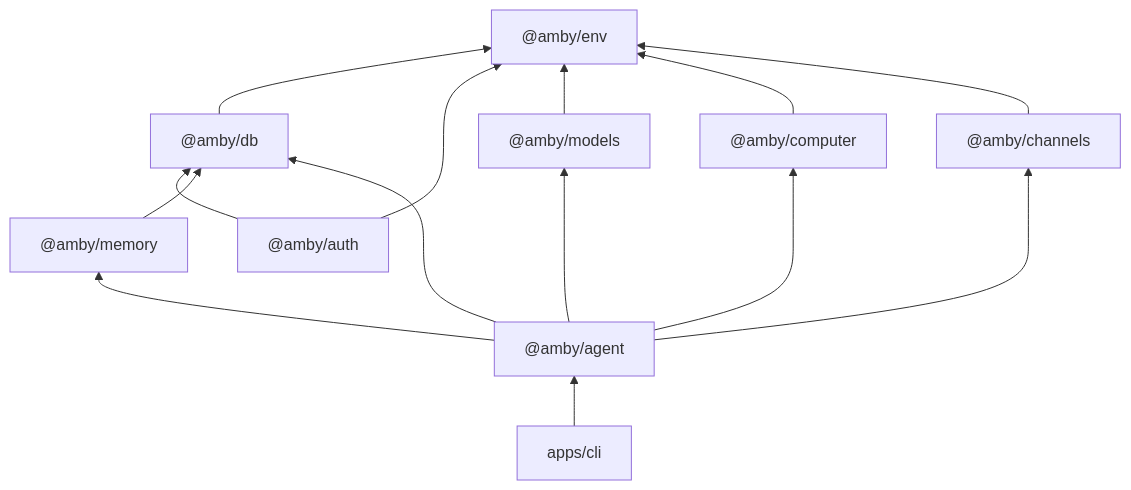
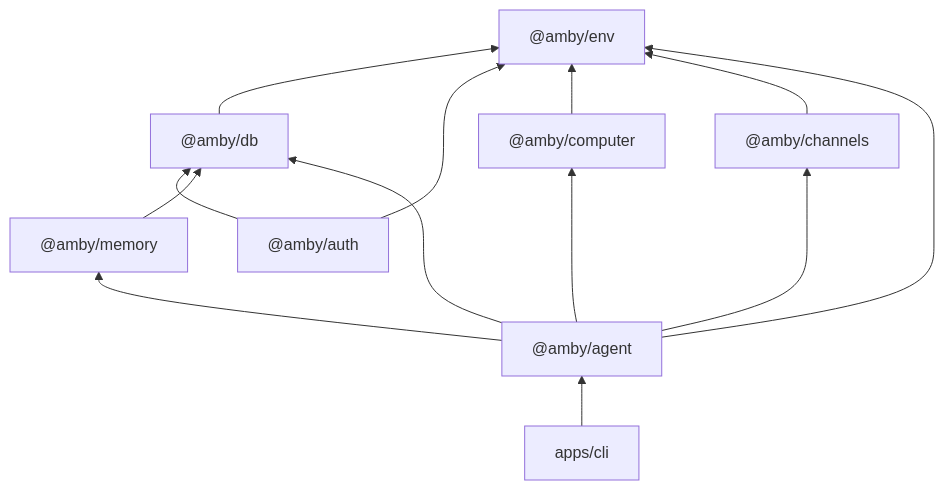
Before and after one commit to punitarani/amby: the second of 5 diagrams in docs/ARCHITECTURE.md, drawn with Mermaid. The commit also changed other lines of this file and 19 other files, not shown here.

Commit message:
Move model service into agent and remove models package

````diff
--- a/docs/ARCHITECTURE.md
+++ b/docs/ARCHITECTURE.md
@@ -100,17 +100,16 @@
 ```mermaid
 graph BT
     env["@amby/env"]
     db["@amby/db"] --> env
     auth["@amby/auth"] --> env
     auth --> db
     memory["@amby/memory"] --> db
-    models["@amby/models"] --> env
     computer["@amby/computer"] --> env
     channels["@amby/channels"] --> env
     agent["@amby/agent"] --> memory
-    agent --> models
+    agent --> env
     agent --> computer
     agent --> channels
     agent --> db
     cli["apps/cli"] --> agent
 ```
````
